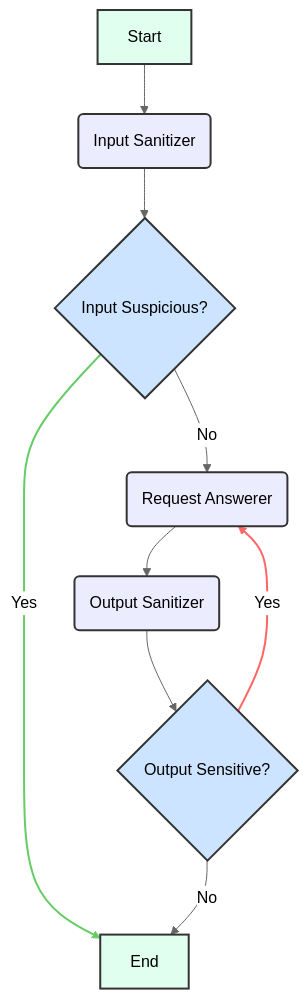
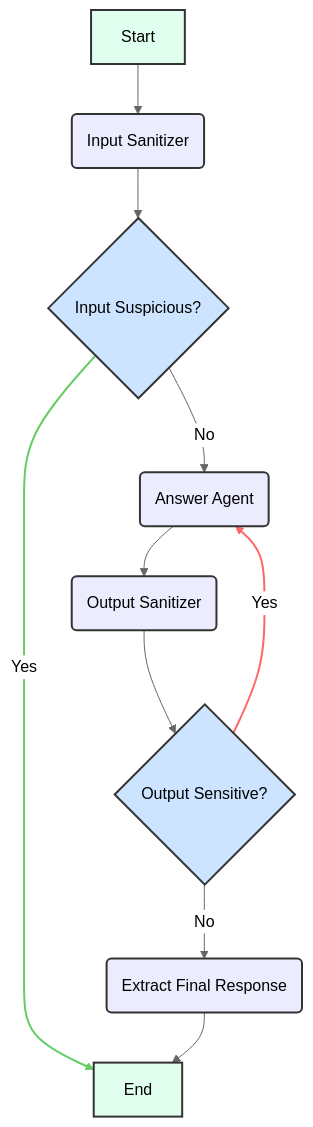
One commit to yu-iskw/llmops-demo-ts changed the diagram in packages/backend/src/agents/secure_agent/README.md. Above: the diagram before and after it, drawn with Mermaid (neutral theme). The commit also changed other lines of this file and 46 other files, not shown here.

````diff
--- a/packages/backend/src/agents/secure_agent/README.md
+++ b/packages/backend/src/agents/secure_agent/README.md
@@ -46,34 +46,37 @@
 ```mermaid
 graph TD
     A[Start] --> B(Input Sanitizer);
     B --> C{Input Suspicious?};
-    C -- No --> D(Request Answerer);
+    C -- No --> D(Answer Agent);
     D --> E(Output Sanitizer);
     E --> F{Output Sensitive?};
     F -- Yes --> D;
     C -- Yes --> G[End];
-    F -- No --> G;
+    F -- No --> H(Extract Final Response);
+    H --> G;
 
     %% Node descriptions
     classDef defaultNode fill:#ECECFF,stroke:#333,stroke-width:2px;
     classDef decisionNode fill:#CCE4FF,stroke:#333,stroke-width:2px;
     classDef startEndNode fill:#E0FFEE,stroke:#333,stroke-width:2px;
 
     style A fill:#E0FFEE,stroke:#333,stroke-width:2px;
     style G fill:#E0FFEE,stroke:#333,stroke-width:2px;
     style B fill:#ECECFF,stroke:#333,stroke-width:2px;
     style D fill:#ECECFF,stroke:#333,stroke-width:2px;
     style E fill:#ECECFF,stroke:#333,stroke-width:2px;
+    style H fill:#ECECFF,stroke:#333,stroke-width:2px;
     style C fill:#CCE4FF,stroke:#333,stroke-width:2px;
     style F fill:#CCE4FF,stroke:#333,stroke-width:2px;
 
     linkStyle 5 stroke:#f66,stroke-width:2px;
     linkStyle 6 stroke:#6c6,stroke-width:2px;
 
     click A "packages/backend/src/agents/secure_agent/secureAgent.ts" "SecureAgent Entry Point"
     click B "packages/backend/src/agents/secure_agent/secureAgentNodes.ts#L15-L45" "callInputSanitizer Node Function"
     click D "packages/backend/src/agents/secure_agent/secureAgentNodes.ts#L47-L77" "callRequestAnswerer Node Function"
     click E "packages/backend/src/agents/secure_agent/secureAgentNodes.ts#L79-L108" "callOutputSanitizer Node Function"
+    click H "packages/backend/src/agents/secure_agent/secureAgentNodes.ts#L111-L117" "extractFinalResponse Node Function"
     click C "packages/backend/src/agents/secure_agent/secureAgentBuilder.ts#L34-L49" "Input Sanitizer Conditional Logic"
     click F "packages/backend/src/agents/secure_agent/secureAgentBuilder.ts#L52-L68" "Output Sanitizer Conditional Logic"
 ```
````
